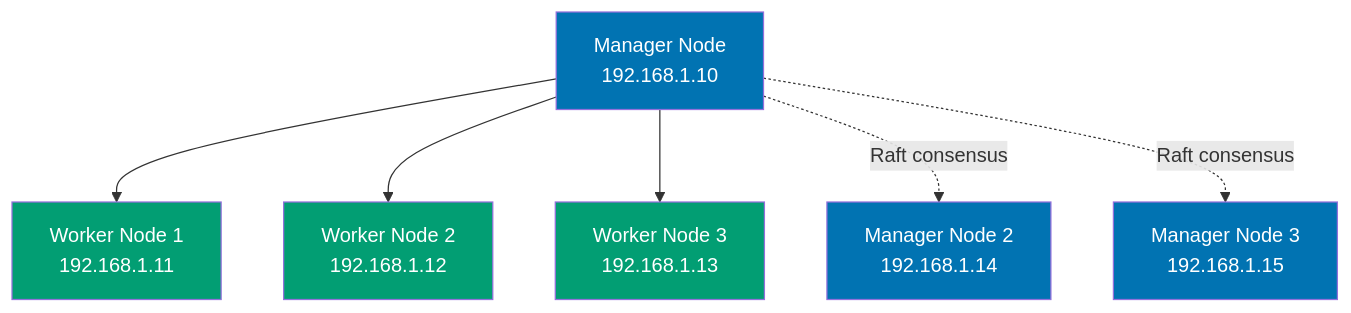
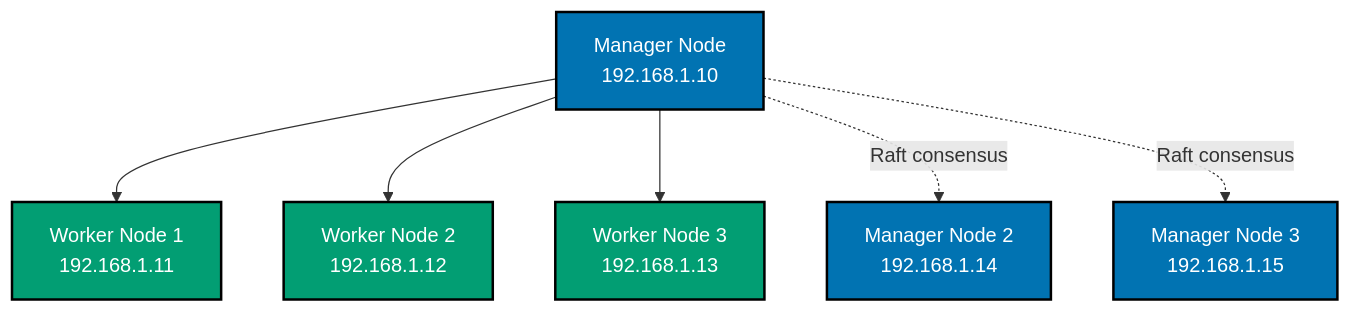
The first of 14 diagrams in apps/ayokoding-web/content/en/learn/software-engineering/infrastructure/tools/docker/by-example/advanced.md (wahidyankf/open-sharia-enterprise), drawn with Mermaid before and after one commit. The commit also changed other lines of this file and 25 other files, not shown here.

````diff
--- a/apps/ayokoding-web/content/en/learn/software-engineering/infrastructure/tools/docker/by-example/advanced.md
+++ b/apps/ayokoding-web/content/en/learn/software-engineering/infrastructure/tools/docker/by-example/advanced.md
@@ -20,16 +20,17 @@
 ```mermaid
+%% Color Palette: Blue #0173B2, Orange #DE8F05, Teal #029E73, Purple #CC78BC, Brown #CA9161
 %% Swarm cluster architecture
 graph TD
  A["Manager Node<br/>192.168.1.10"] --> B["Worker Node 1<br/>192.168.1.11"]
  A --> C["Worker Node 2<br/>192.168.1.12"]
  A --> D["Worker Node 3<br/>192.168.1.13"]
  A -.->|"Raft consensus"| E["Manager Node 2<br/>192.168.1.14"]
  A -.->|"Raft consensus"| F["Manager Node 3<br/>192.168.1.15"]
 
- style A fill:#0173B2,color:#fff
- style E fill:#0173B2,color:#fff
- style F fill:#0173B2,color:#fff
- style B fill:#029E73,color:#fff
- style C fill:#029E73,color:#fff
- style D fill:#029E73,color:#fff
+ style A fill:#0173B2,stroke:#000000,stroke-width:2px,color:#fff
+ style E fill:#0173B2,stroke:#000000,stroke-width:2px,color:#fff
+ style F fill:#0173B2,stroke:#000000,stroke-width:2px,color:#fff
+ style B fill:#029E73,stroke:#000000,stroke-width:2px,color:#fff
+ style C fill:#029E73,stroke:#000000,stroke-width:2px,color:#fff
+ style D fill:#029E73,stroke:#000000,stroke-width:2px,color:#fff
 ```
````
